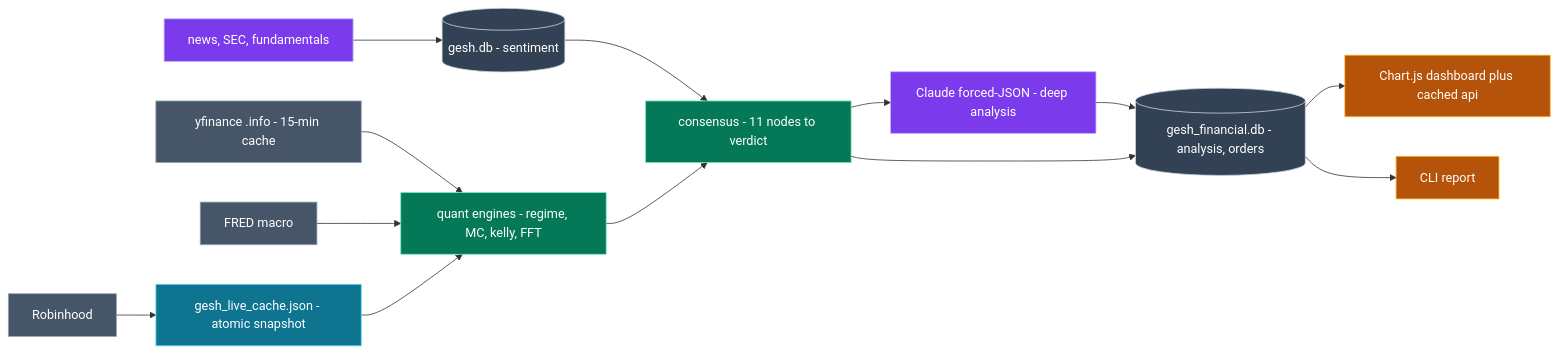
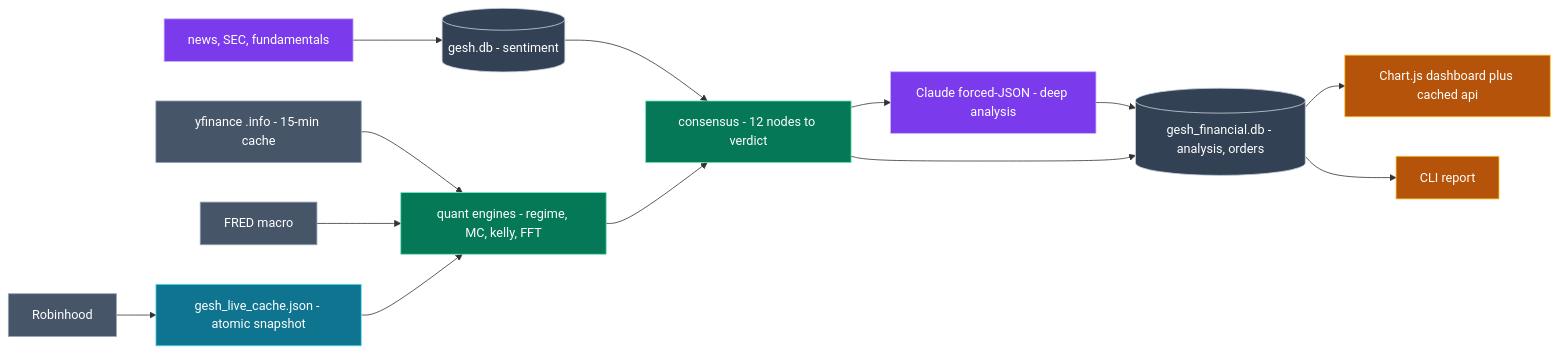
The fifth of 8 diagrams in docs/ARCHITECTURE.md (gesh75/Gesh-Project), drawn with Mermaid before and after one commit. The commit also changed other lines of this file and 3 other files, not shown here.

First line of the commit message:
Docs: refresh architecture + roadmap to current state (12-node, customer surface)

````diff
--- a/docs/ARCHITECTURE.md
+++ b/docs/ARCHITECTURE.md
@@ -208,22 +210,22 @@
 ```mermaid
 flowchart LR
     rh["Robinhood"]:::ext --> cache["gesh_live_cache.json - atomic snapshot"]:::svc
     yf["yfinance .info - 15-min cache"]:::ext --> eng["quant engines - regime, MC, kelly, FFT"]:::data
     fred["FRED macro"]:::ext --> eng
     cache --> eng
     news["news, SEC, fundamentals"]:::ai --> gdb[("gesh.db - sentiment")]:::store
-    gdb --> cons["consensus - 11 nodes to verdict"]:::data
+    gdb --> cons["consensus - 12 nodes to verdict"]:::data
     eng --> cons
     cons --> claude["Claude forced-JSON - deep analysis"]:::ai
     claude --> persist[("gesh_financial.db - analysis, orders")]:::store
     cons --> persist
     persist --> ui["Chart.js dashboard plus cached api"]:::core
     persist --> cliout["CLI report"]:::core
 
     classDef ext   fill:#475569,stroke:#94a3b8,color:#fff
     classDef svc   fill:#0e7490,stroke:#67e8f9,color:#fff
     classDef data  fill:#047857,stroke:#6ee7b7,color:#fff
     classDef ai    fill:#7c3aed,stroke:#c4b5fd,color:#fff
     classDef store fill:#334155,stroke:#cbd5e1,color:#fff
     classDef core  fill:#b45309,stroke:#fbbf24,color:#fff
 ```
````
